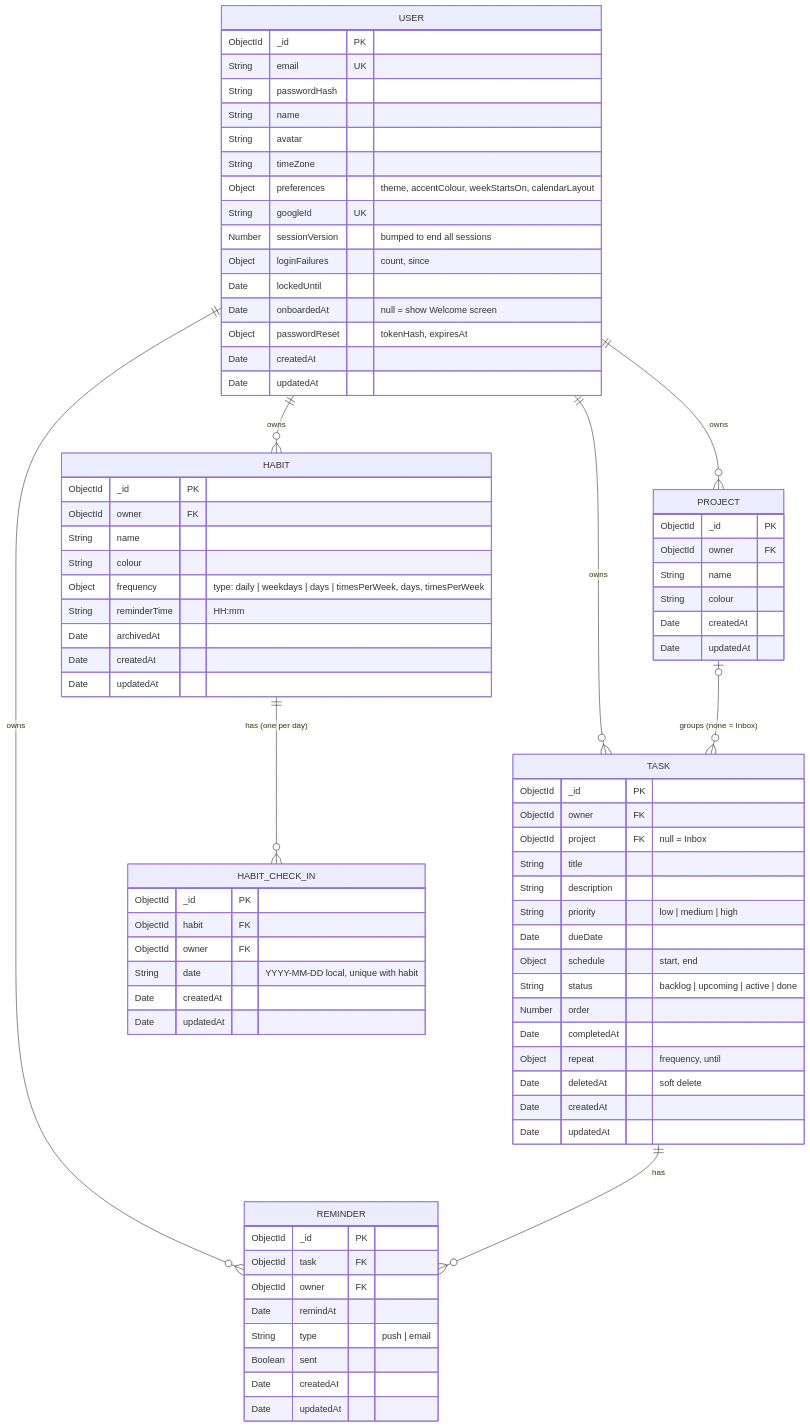
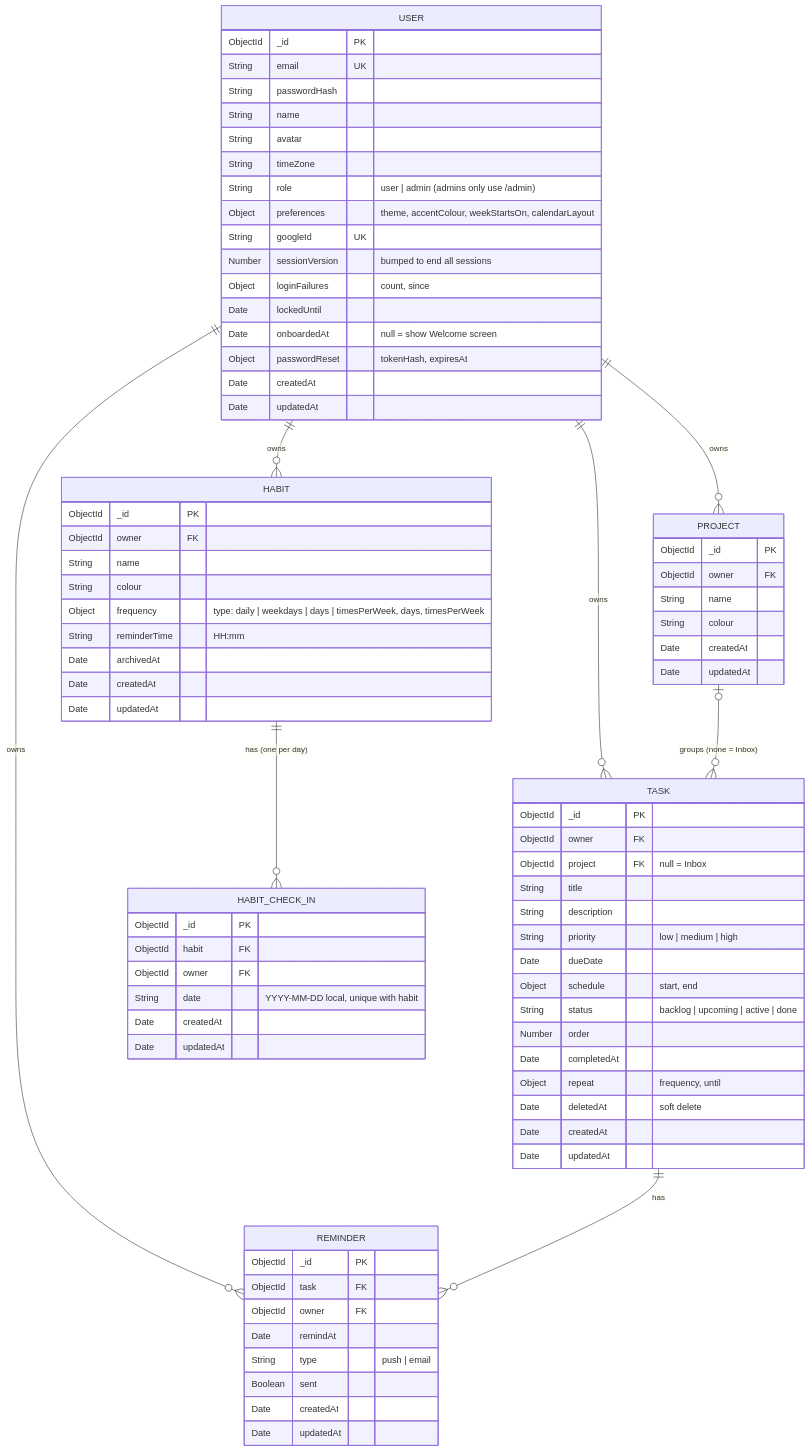
Before and after one commit to khang-ngo4444/VCD_Agendal: the diagram in docs/erd.mmd, drawn with Mermaid. The commit also changed 13 other files, not shown here.

First line of the commit message:
Add the admin role and a separate /admin console

```diff
--- a/docs/erd.mmd
+++ b/docs/erd.mmd
@@ -1,82 +1,83 @@
 %% Source for docs/erd.png. Re-render after editing:
 %% npx -y @mermaid-js/mermaid-cli -i docs/erd.mmd -o docs/erd.png -b white -s 2
 erDiagram
     USER ||--o{ PROJECT : owns
     USER ||--o{ TASK : owns
     USER ||--o{ REMINDER : owns
     PROJECT |o--o{ TASK : "groups (none = Inbox)"
     TASK ||--o{ REMINDER : has
     USER ||--o{ HABIT : owns
     HABIT ||--o{ HABIT_CHECK_IN : "has (one per day)"
 
     USER {
         ObjectId _id PK
         String email UK
         String passwordHash
         String name
         String avatar
         String timeZone
+        String role "user | admin (admins only use /admin)"
         Object preferences "theme, accentColour, weekStartsOn, calendarLayout"
         String googleId UK
         Number sessionVersion "bumped to end all sessions"
         Object loginFailures "count, since"
         Date lockedUntil
         Date onboardedAt "null = show Welcome screen"
         Object passwordReset "tokenHash, expiresAt"
         Date createdAt
         Date updatedAt
     }
     PROJECT {
         ObjectId _id PK
         ObjectId owner FK
         String name
         String colour
         Date createdAt
         Date updatedAt
     }
     TASK {
         ObjectId _id PK
         ObjectId owner FK
         ObjectId project FK "null = Inbox"
         String title
         String description
         String priority "low | medium | high"
         Date dueDate
         Object schedule "start, end"
         String status "backlog | upcoming | active | done"
         Number order
         Date completedAt
         Object repeat "frequency, until"
         Date deletedAt "soft delete"
         Date createdAt
         Date updatedAt
     }
     REMINDER {
         ObjectId _id PK
         ObjectId task FK
         ObjectId owner FK
         Date remindAt
         String type "push | email"
         Boolean sent
         Date createdAt
         Date updatedAt
     }
     HABIT {
         ObjectId _id PK
         ObjectId owner FK
         String name
         String colour
         Object frequency "type: daily | weekdays | days | timesPerWeek, days, timesPerWeek"
         String reminderTime "HH:mm"
         Date archivedAt
         Date createdAt
         Date updatedAt
     }
     HABIT_CHECK_IN {
         ObjectId _id PK
         ObjectId habit FK
         ObjectId owner FK
         String date "YYYY-MM-DD local, unique with habit"
         Date createdAt
         Date updatedAt
     }
```
